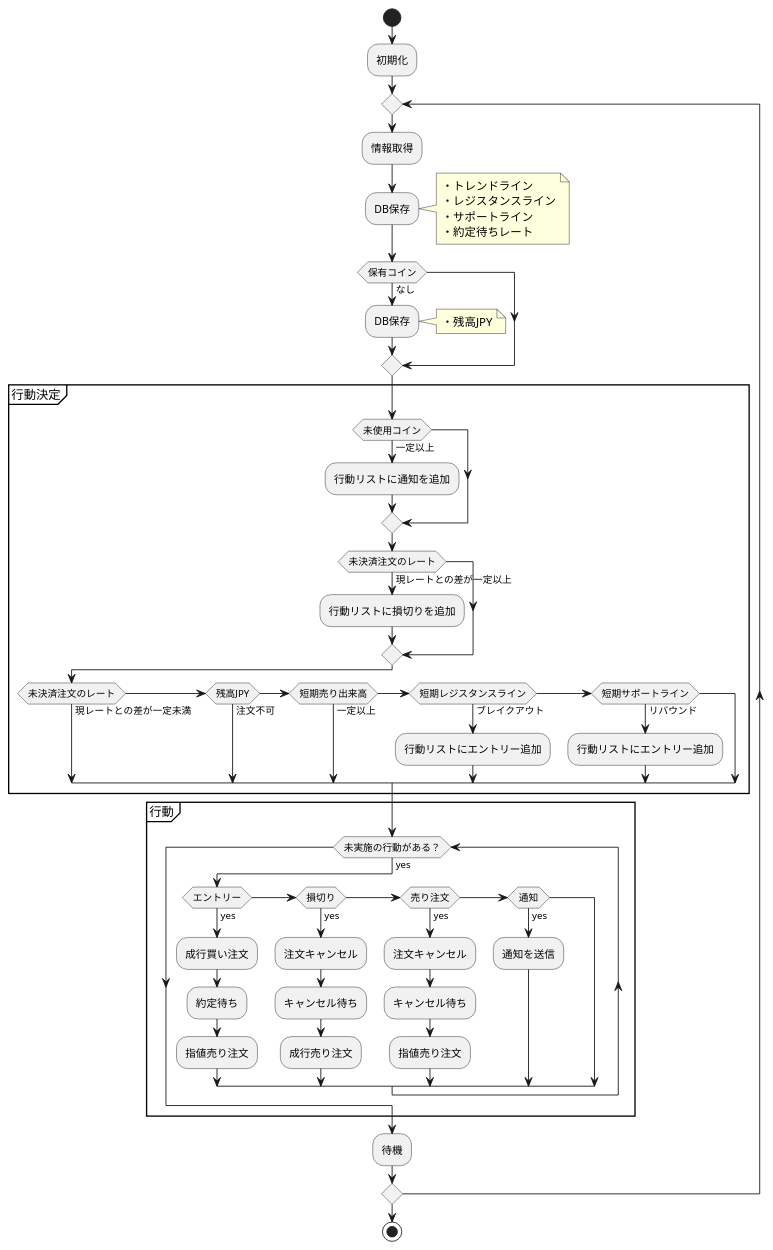
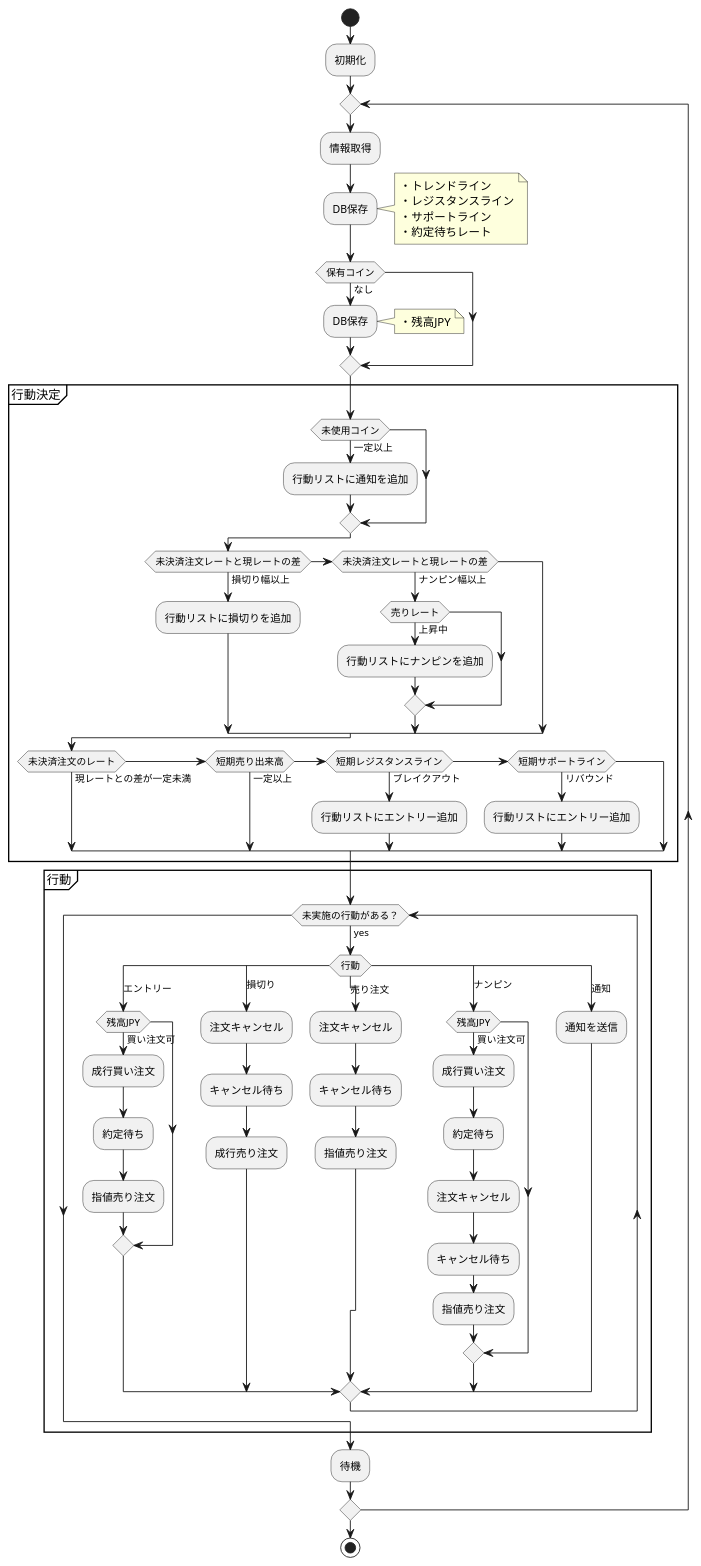
One commit to canpok1/trading-bot-rust changed the diagram in docs/bot.plantuml. Above: the diagram before and after it, drawn with PlantUML. The commit also changed 5 other files, not shown here.

```diff
--- a/docs/bot.plantuml
+++ b/docs/bot.plantuml
@@ -1,66 +1,81 @@
 @startuml trading-bot-rust
 start
 
 :初期化;
 
 repeat
     :情報取得;
 
     :DB保存;
     note right
         ・トレンドライン
         ・レジスタンスライン
         ・サポートライン
         ・約定待ちレート
     end note
 
     if (保有コイン) then (なし)
         :DB保存;
         note right
             ・残高JPY
         end note
     endif
 
     partition 行動決定 {
         if (未使用コイン) then (一定以上)
             :行動リストに通知を追加;
         endif
 
-        if (未決済注文のレート) then (現レートとの差が一定以上)
+        if (未決済注文レートと現レートの差) then (損切り幅以上)
             :行動リストに損切りを追加;
+        elseif (未決済注文レートと現レートの差) then (ナンピン幅以上)
+            if (売りレート) then (上昇中)
+                :行動リストにナンピンを追加;
+            endif
         endif
+
         if (未決済注文のレート) then (現レートとの差が一定未満)
-        elseif (残高JPY) then (注文不可)
         elseif (短期売り出来高) then (一定以上)
         elseif (短期レジスタンスライン) then (ブレイクアウト)
             :行動リストにエントリー追加;
         elseif (短期サポートライン) then (リバウンド)
             :行動リストにエントリー追加;
         endif
     }
 
     partition 行動 {
         while (未実施の行動がある？) is (yes)
-            if (エントリー) then (yes)
-                :成行買い注文;
-                :約定待ち;
-                :指値売り注文;
-            elseif (損切り) then (yes)
+            switch (行動)
+            case (エントリー)
+                if (残高JPY) then (買い注文可)
+                    :成行買い注文;
+                    :約定待ち;
+                    :指値売り注文;
+                endif
+            case (損切り)
                 :注文キャンセル;
                 :キャンセル待ち;
                 :成行売り注文;
-            elseif (売り注文) then (yes)
+            case (売り注文)
                 :注文キャンセル;
                 :キャンセル待ち;
                 :指値売り注文;
-            elseif (通知) then (yes)
+            case (ナンピン)
+                if (残高JPY) then (買い注文可)
+                    :成行買い注文;
+                    :約定待ち;
+                    :注文キャンセル;
+                    :キャンセル待ち;
+                    :指値売り注文;
+                endif
+            case (通知)
                 :通知を送信;
-            endif
+            endswitch
         endwhile
     }
 
     :待機;
 repeat while
 
 stop
 @enduml
```
